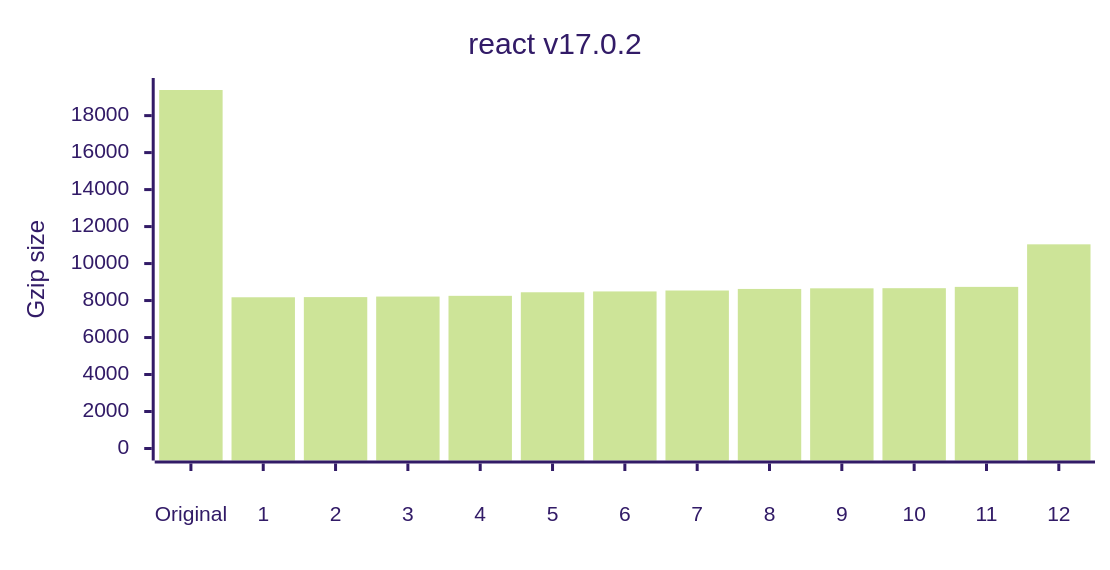
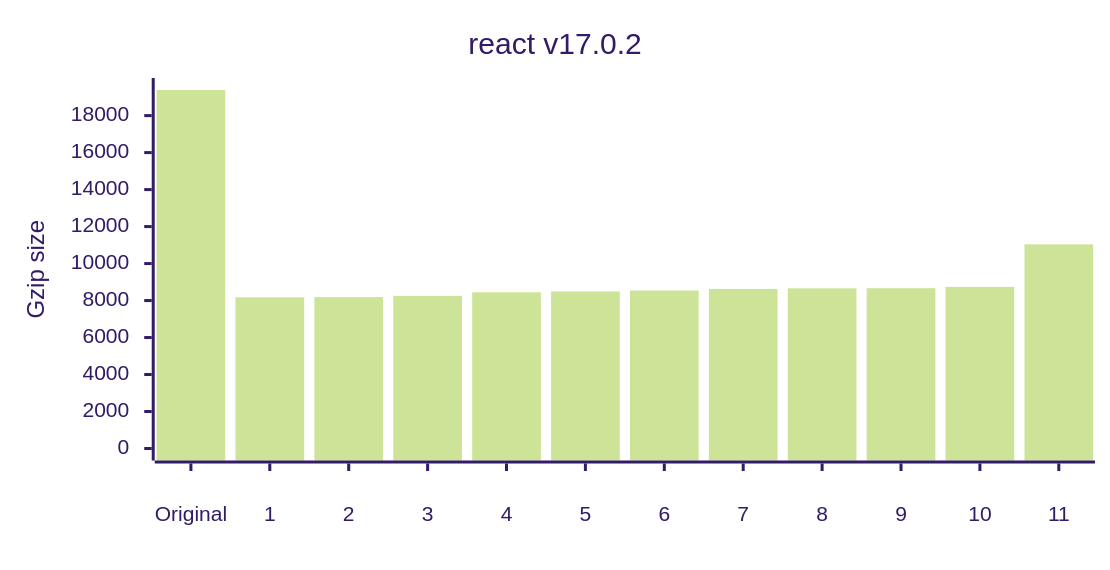
One commit to privatenumber/minification-benchmarks changed the first of 12 diagrams in README.md. Above: the diagram before and after it, drawn with Mermaid (forest theme). The commit also changed other lines of this file and 1 other file, not shown here.

````diff
--- a/README.md
+++ b/README.md
@@ -77,17 +77,17 @@
 ```mermaid
 ---
 config:
     xyChart:
         width: 720
         height: 360
         xAxis:
             labelPadding: 20
         yAxis:
             labelPadding: 10
 ---
 xychart-beta
 	title "react v17.0.2"
-	x-axis ["Original",1,2,3,4,5,6,7,8,9,10,11,12]
+	x-axis ["Original",1,2,3,4,5,6,7,8,9,10,11]
 	y-axis "Gzip size" 0 --> 19385
-	bar [19385,8177,8186,8216,8255,8448,8493,8543,8628,8661,8668,8739,11040]
+	bar [19385,8177,8186,8255,8448,8493,8543,8628,8661,8668,8739,11040]
 ```
````
